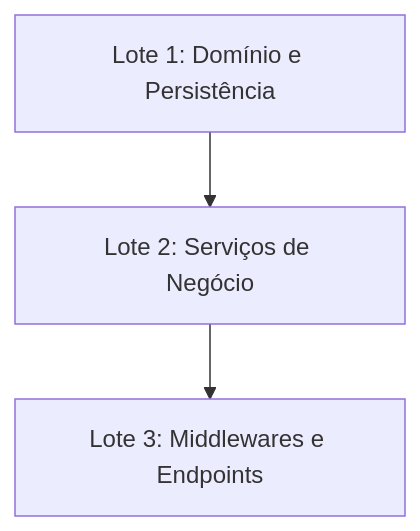
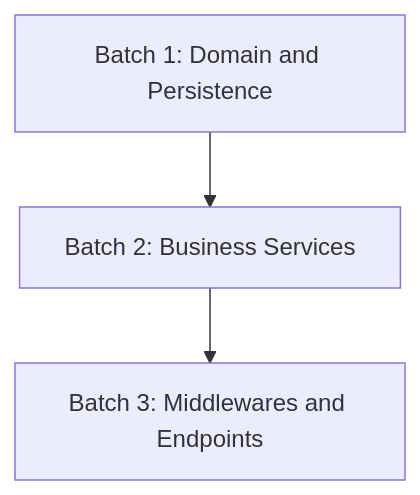
One commit to MarcosVeniciu/antigravity-agentic-workflows changed the diagram in skills/implementar-plan/resources/plan_template.md. Above: the diagram before and after it, drawn with Mermaid. The commit also changed other lines of this file and 68 other files, not shown here.

````diff
--- a/skills/implementar-plan/resources/plan_template.md
+++ b/skills/implementar-plan/resources/plan_template.md
@@ -19,6 +19,6 @@
 ```mermaid
 graph TD
-    SubContexto1[Lote 1: Domínio e Persistência] --> SubContexto2[Lote 2: Serviços de Negócio]
-    SubContexto2 --> SubContexto3[Lote 3: Middlewares e Endpoints]
+    SubContext1[Batch 1: Domain and Persistence] --> SubContext2[Batch 2: Business Services]
+    SubContext2 --> SubContext3[Batch 3: Middlewares and Endpoints]
 
 ```
````
